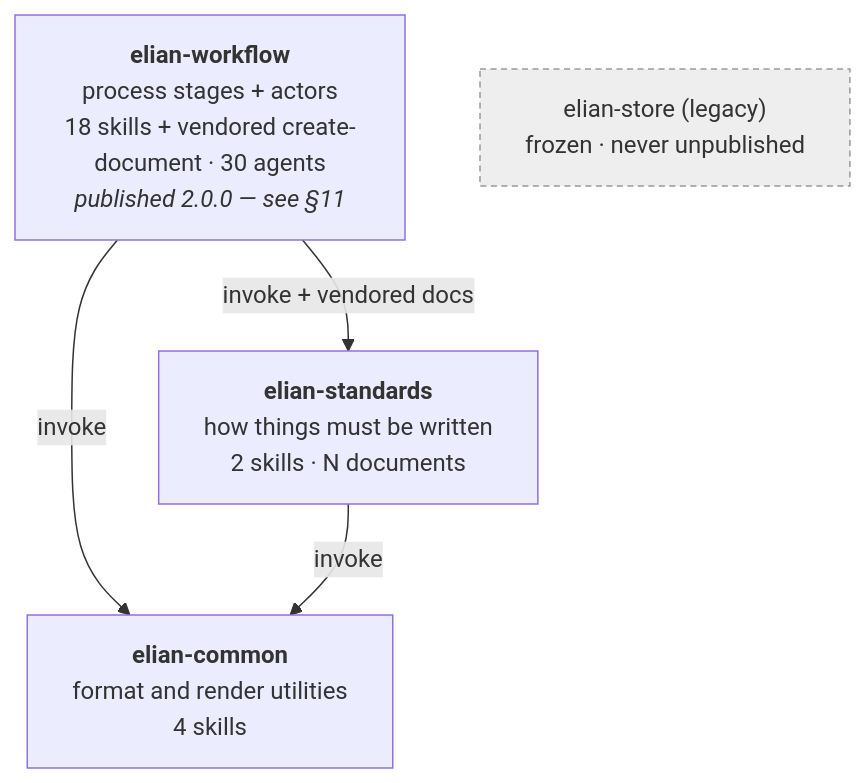
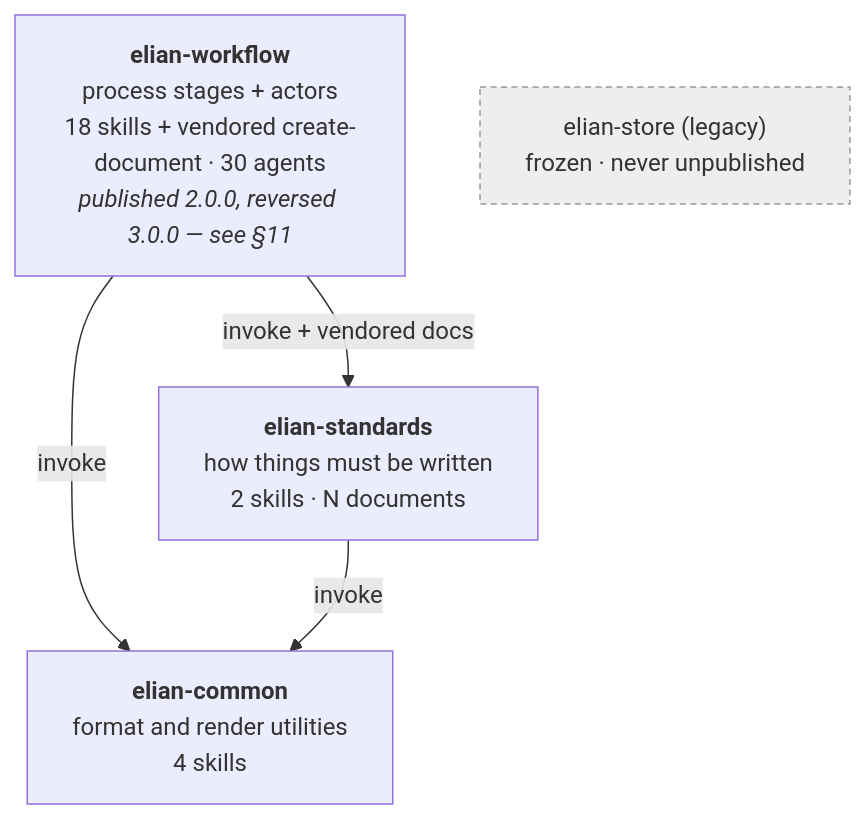
Before and after one commit to Elian-Studio/elian-claude-plugins: the diagram in docs/plugin-layering-architecture.md, drawn with Mermaid. The commit also changed other lines of this file and 140 other files, not shown here.

````diff
--- a/docs/plugin-layering-architecture.md
+++ b/docs/plugin-layering-architecture.md
@@ -100,15 +102,15 @@
 ```mermaid
 flowchart TD
-    W["<b>elian-workflow</b><br/>process stages + actors<br/>18 skills + vendored create-document · 30 agents<br/><i>published 2.0.0 — see §11</i>"]
+    W["<b>elian-workflow</b><br/>process stages + actors<br/>18 skills + vendored create-document · 30 agents<br/><i>published 2.0.0, reversed 3.0.0 — see §11</i>"]
     S["<b>elian-standards</b><br/>how things must be written<br/>2 skills · N documents"]
     C["<b>elian-common</b><br/>format and render utilities<br/>4 skills"]
 
     W -->|"invoke + vendored docs"| S
     W -->|"invoke"| C
     S -->|"invoke"| C
 
     L["elian-store (legacy)<br/>frozen · never unpublished"]
 
     classDef legacy fill:#eee,stroke:#999,stroke-dasharray:4 3
     class L legacy
 ```
````
